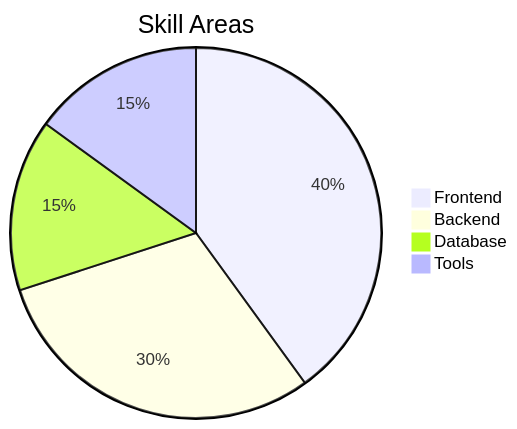
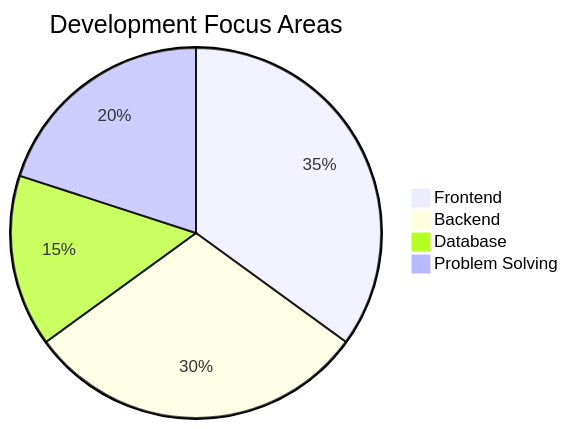
One commit to ShivamDatainSight/ShivamDatainSight changed the second of 2 diagrams in README.md. Above: the diagram before and after it, drawn with Mermaid. The commit also changed other lines of this file, not shown here.

````diff
--- a/README.md
+++ b/README.md
@@ -70,7 +85,7 @@
 ```mermaid
-pie title Skill Areas
-    "Frontend" : 40
+pie title Development Focus Areas
+    "Frontend" : 35
     "Backend" : 30
     "Database" : 15
-    "Tools" : 15
+    "Problem Solving" : 20
 ```
````
